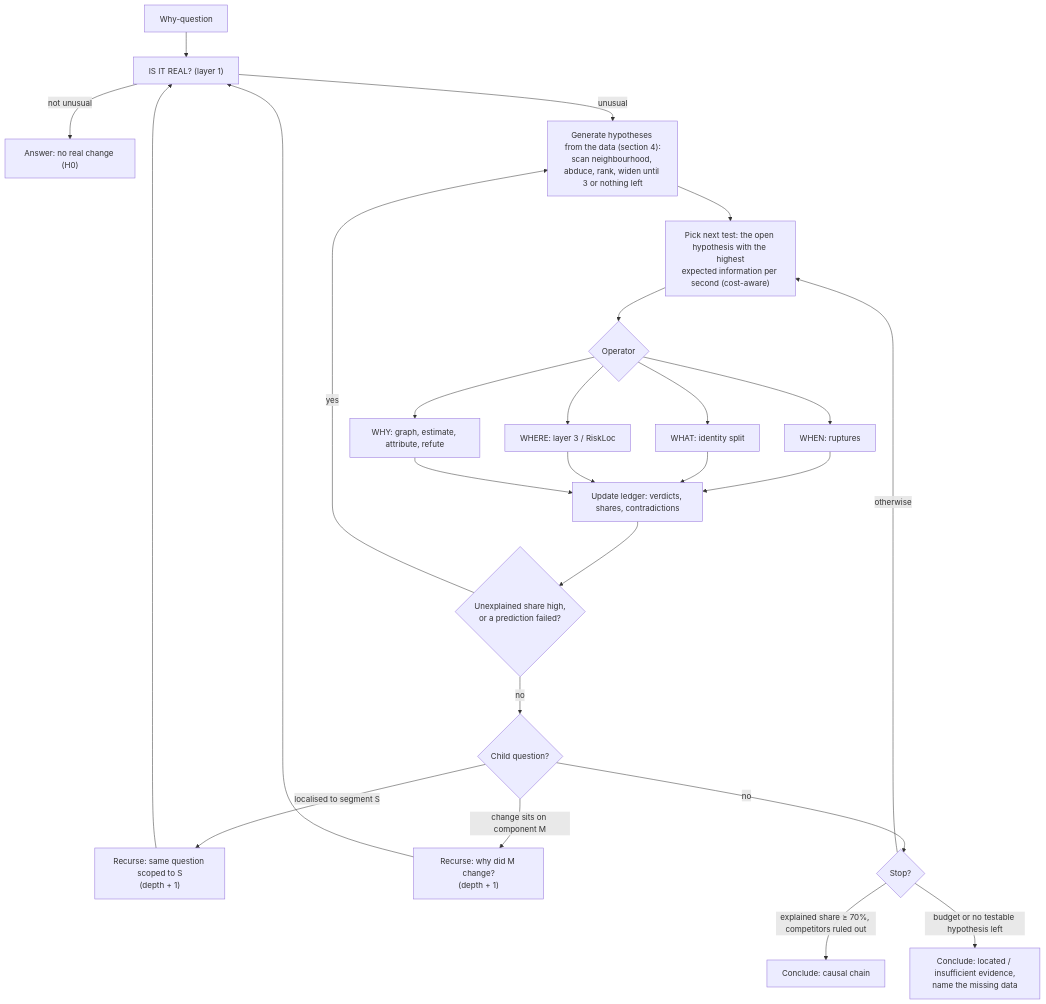
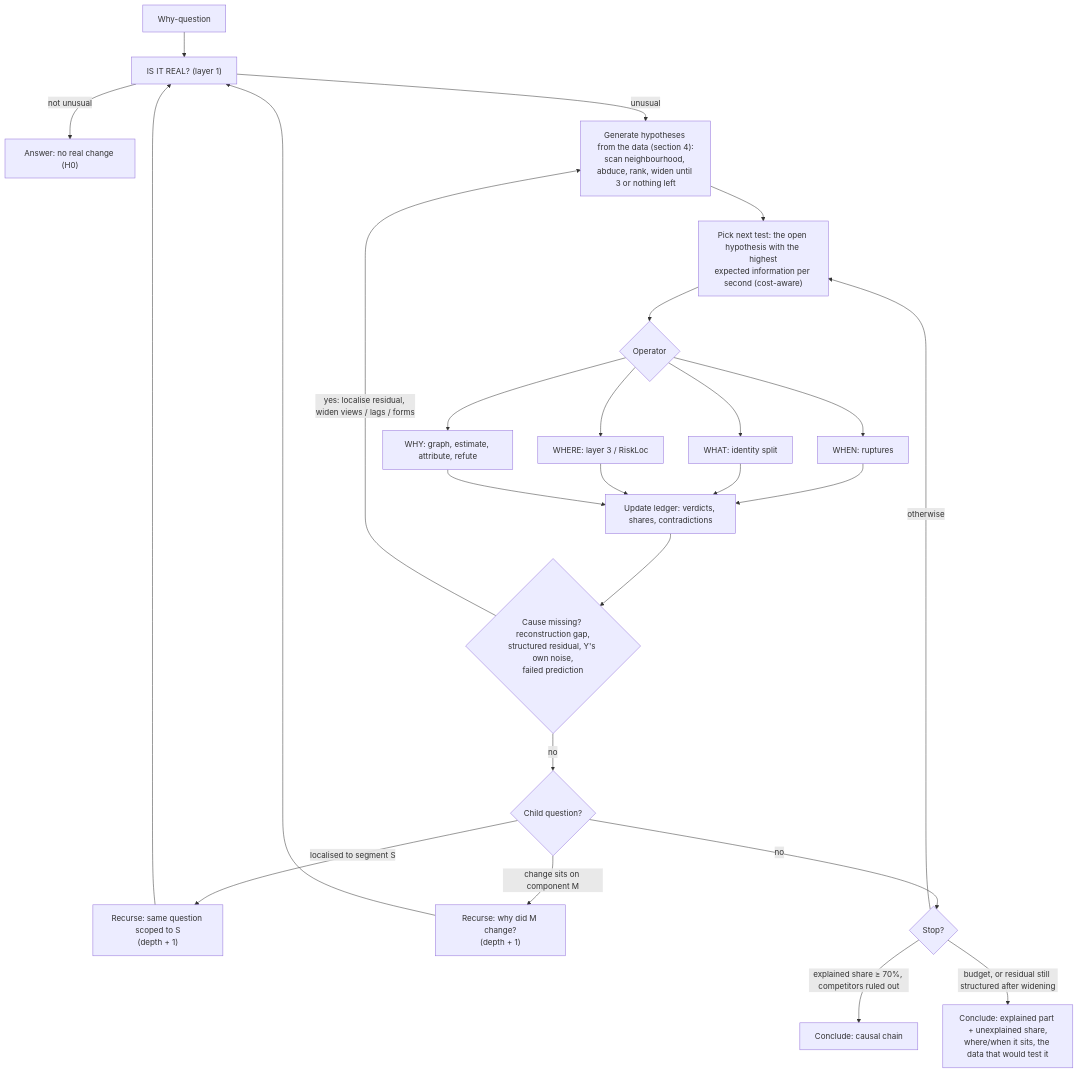
Before and after one commit to Tervigon-Collective/Seleric_Agent: the second of 2 diagrams in docs/DoWhy/RECURSIVE_DIAGNOSTIC_ENGINE_RESEARCH.md, drawn with Mermaid. The commit also changed other lines of this file, not shown here.

First line of the commit message:
docs: handle the case where the real cause is not among the generated hypotheses

````diff
--- a/docs/DoWhy/RECURSIVE_DIAGNOSTIC_ENGINE_RESEARCH.md
+++ b/docs/DoWhy/RECURSIVE_DIAGNOSTIC_ENGINE_RESEARCH.md
@@ -336,23 +397,23 @@
 ```mermaid
 flowchart TD
     Q["Why-question"] --> R["IS IT REAL? (layer 1)"]
     R -- "not unusual" --> STOP0["Answer: no real change (H0)"]
     R -- "unusual" --> G["Generate hypotheses from the data (section 4):<br/>scan neighbourhood, abduce, rank, widen until 3 or nothing left"]
     G --> P["Pick next test: the open hypothesis with the highest<br/>expected information per second (cost-aware)"]
     P --> OP{"Operator"}
     OP --> W1["WHEN: ruptures"]
     OP --> W2["WHAT: identity split"]
     OP --> W3["WHERE: layer 3 / RiskLoc"]
     OP --> W4["WHY: graph, estimate, attribute, refute"]
     W1 & W2 & W3 & W4 --> U["Update ledger: verdicts, shares, contradictions"]
-    U --> NH{"Unexplained share high,<br/>or a prediction failed?"}
-    NH -- "yes" --> G
+    U --> NH{"Cause missing? reconstruction gap,<br/>structured residual, Y's own noise,<br/>failed prediction"}
+    NH -- "yes: localise residual, widen views / lags / forms" --> G
     NH -- "no" --> C{"Child question?"}
     C -- "localised to segment S" --> SUB["Recurse: same question scoped to S<br/>(depth + 1)"]
     C -- "change sits on component M" --> SUB2["Recurse: why did M change?<br/>(depth + 1)"]
     C -- "no" --> S{"Stop?"}
     SUB & SUB2 --> R
     S -- "explained share ≥ 70%, competitors ruled out" --> A["Conclude: causal chain"]
-    S -- "budget or no testable hypothesis left" --> B["Conclude: located / insufficient evidence,<br/>name the missing data"]
+    S -- "budget, or residual still structured after widening" --> B["Conclude: explained part + unexplained share,<br/>where/when it sits, the data that would test it"]
     S -- "otherwise" --> P
 ```
````
